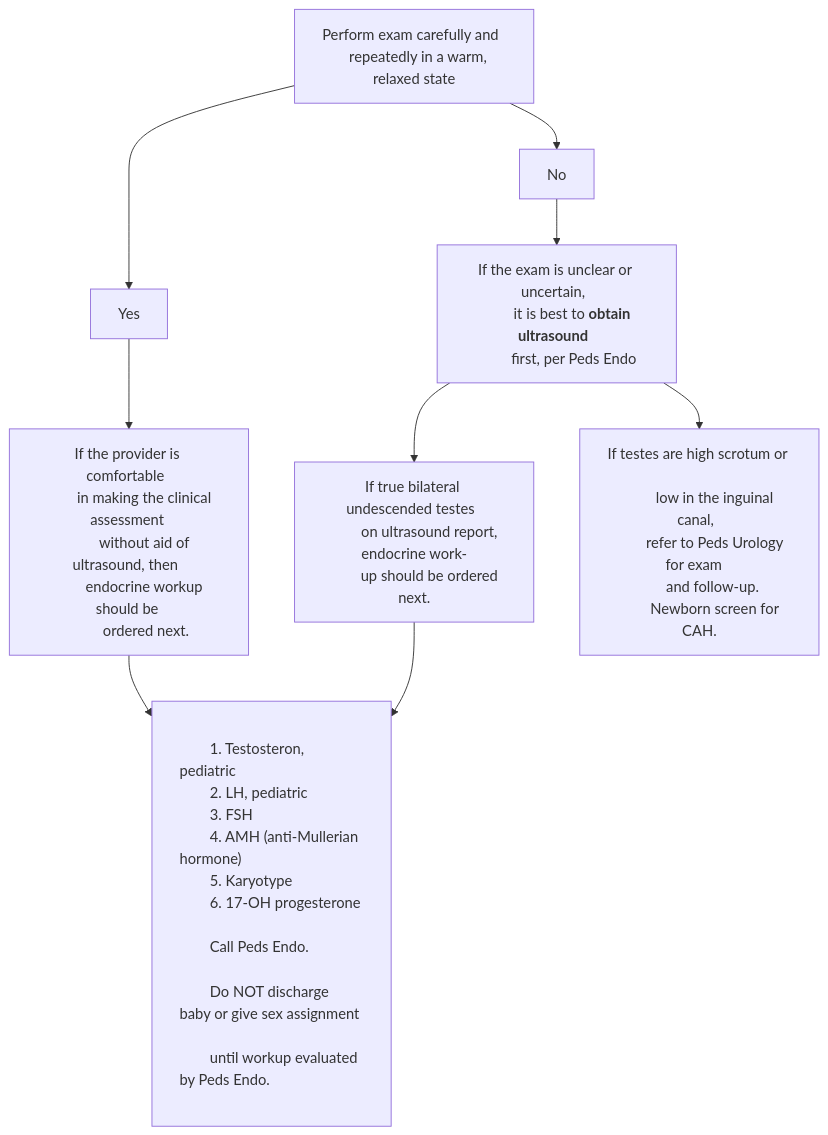
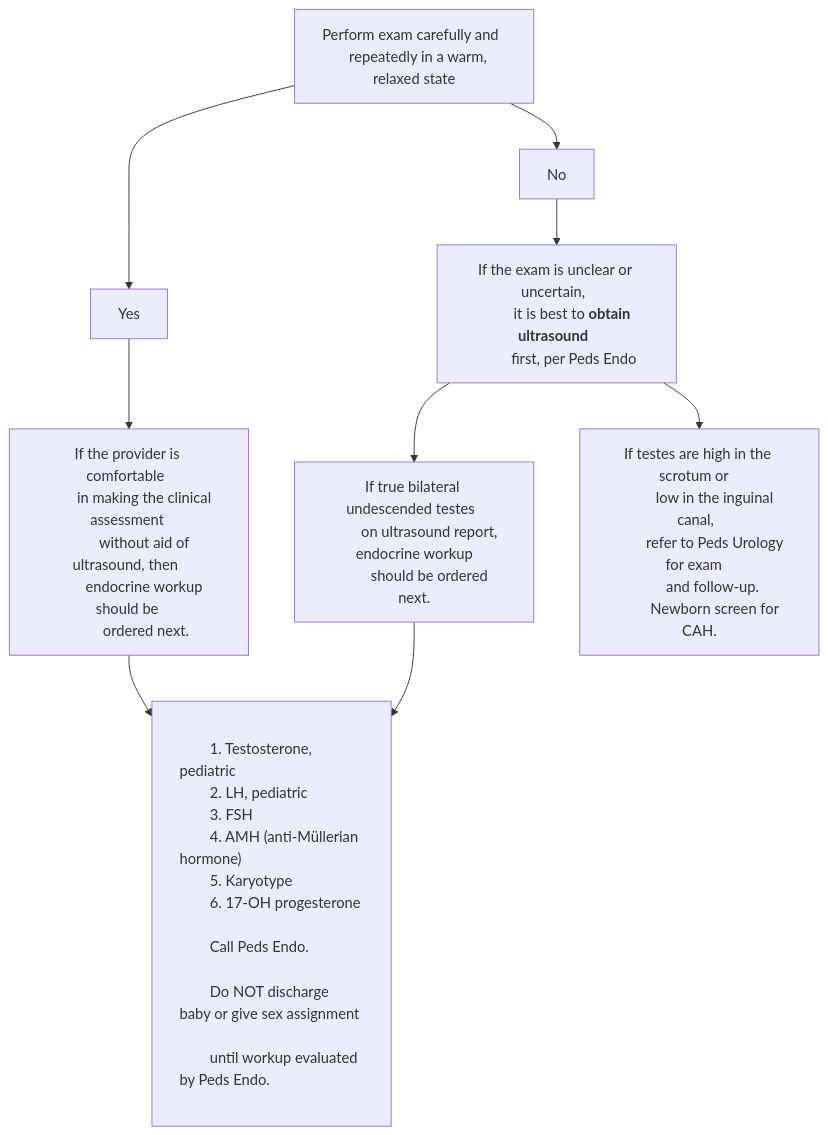
One commit to fschou-pxt/RMC-NICU-Manual changed the second of 2 diagrams in endocrine.qmd. Above: the diagram before and after it, drawn with Mermaid. The commit also changed other lines of this file and 25 other files, not shown here.

````diff
--- a/endocrine.qmd
+++ b/endocrine.qmd
@@ -427,44 +427,44 @@
 ```{mermaid}
 
 flowchart TD
 
 A["Perform exam carefully and  
    repeatedly in a warm, relaxed state"] --> C["Yes"]
 A --> B["No"]
 B --> D["If the exam is unclear or uncertain,  
          it is best to <strong>obtain ultrasound</strong>  
          first, per Peds Endo"]
            
 D --> E["If true bilateral undescended testes  
-         on ultrasound report, endocrine work-
-         up should be ordered next."]
+         on ultrasound report, endocrine workup
+         should be ordered next."]
          
 C --> F["If the provider is comfortable  
          in making the clinical assessment 
          without aid of ultrasound, then  
          endocrine workup should be 
          ordered next."]
         
 F --> G["<div align='left';>
-        1. Testosteron, pediatric
+        1. Testosterone, pediatric
         2. LH, pediatric
         3. FSH
-        4. AMH (anti-Mullerian hormone)
+        4. AMH (anti-Müllerian hormone)
         5. Karyotype
         6. 17-OH progesterone
             
         Call Peds Endo. 
         
         Do NOT discharge baby or give sex assignment  
         until workup evaluated by Peds Endo.
         </div>
 "]
 
 E --> G
 
-D --> H["If testes are high scrotum or   
+D --> H["If testes are high in the scrotum or   
          low in the inguinal canal,  
          refer to Peds Urology for exam   
          and follow-up.  
          Newborn screen for CAH."]  
 ```
````
